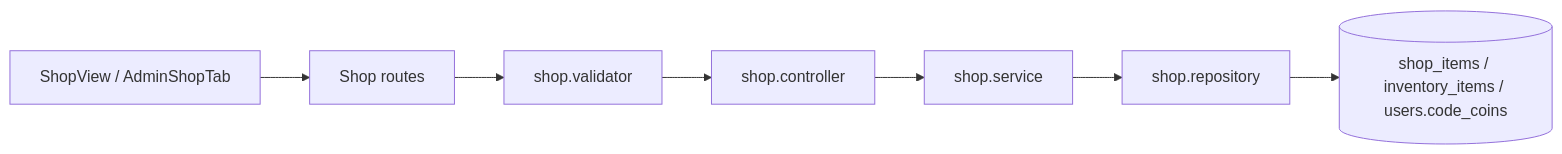
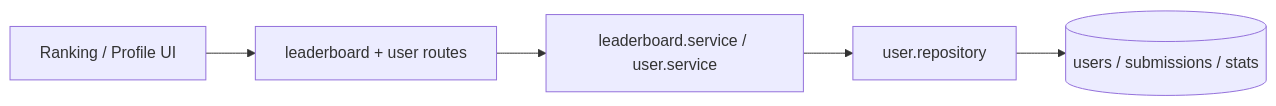
Before and after one commit to JamesHarrision/fessior-oj-backend: the seventh of 8 diagrams in docs/feature-flows.md, drawn with Mermaid. The commit also changed other lines of this file and 15 other files, not shown here.

Commit message:
docs: document simplified mysql architecture

````diff
--- a/docs/feature-flows.md
+++ b/docs/feature-flows.md
@@ -291,9 +150,7 @@
 ```mermaid
 flowchart LR
-  FE[ShopView / AdminShopTab] --> API[Shop routes]
-  API --> Validator[shop.validator]
-  Validator --> Controller[shop.controller]
-  Controller --> Service[shop.service]
-  Service --> Repo[shop.repository]
-  Repo --> MySQL[(shop_items / inventory_items / users.code_coins)]
+  FE[Ranking / Profile UI] --> API[leaderboard + user routes]
+  API --> Service[leaderboard.service / user.service]
+  Service --> Repo[user.repository]
+  Repo --> MySQL[(users / submissions / stats)]
 ```
````
